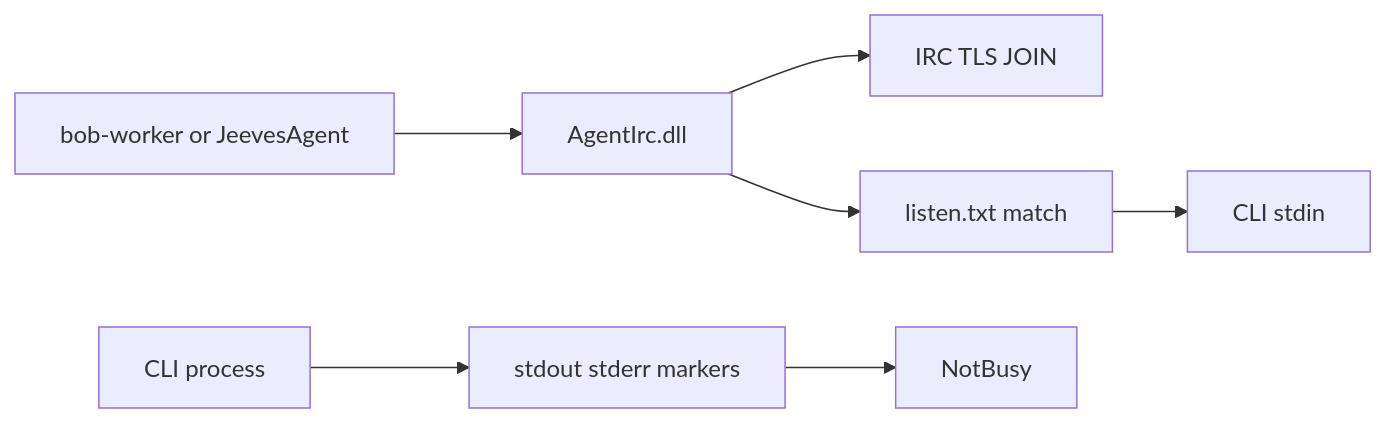
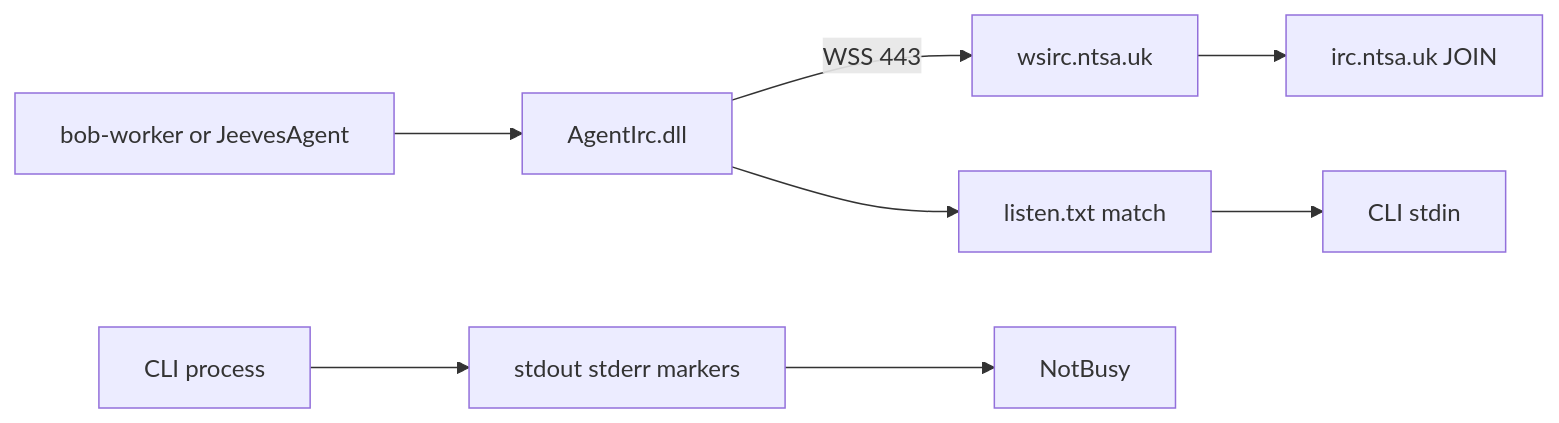
Before and after one commit to SimonBarnett/bobiverse: the first of 2 diagrams in bob/docs/feature-request-agentirc-2026-11-25.md, drawn with Mermaid. The commit also changed other lines of this file, not shown here.

Commit message:
docs(agentirc): lock WSS wsirc.ntsa.uk:443 transport (Refs #9972 #9974 #9794 #9796)

````diff
--- a/bob/docs/feature-request-agentirc-2026-11-25.md
+++ b/bob/docs/feature-request-agentirc-2026-11-25.md
@@ -45,9 +47,10 @@
 ```mermaid
 flowchart LR
   Host[bob-worker or JeevesAgent] --> Dll[AgentIrc.dll]
-  Dll --> IRC[IRC TLS JOIN]
+  Dll -->|WSS 443| Gw[wsirc.ntsa.uk]
+  Gw --> IRC[irc.ntsa.uk JOIN]
   Dll --> Listen[listen.txt match]
   Listen --> Stdin[CLI stdin]
   CLI[CLI process] --> Markers[stdout stderr markers]
   Markers --> Edge[NotBusy]
 ```
````
